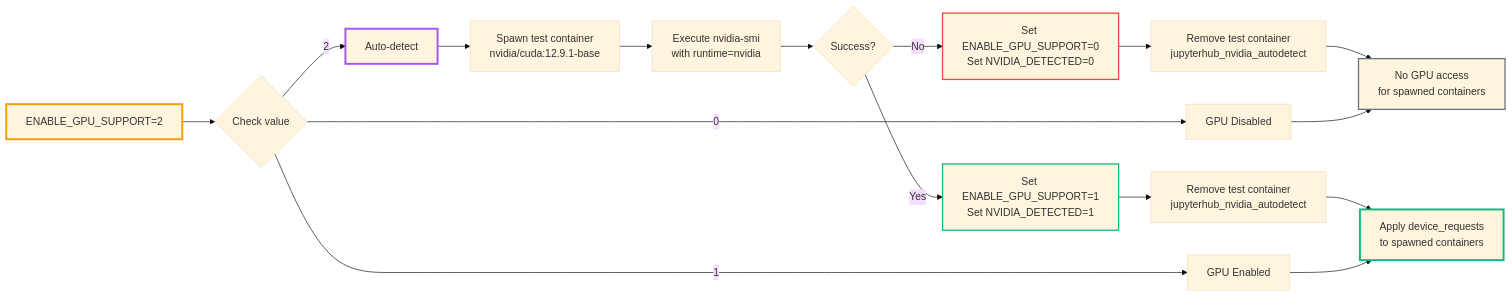
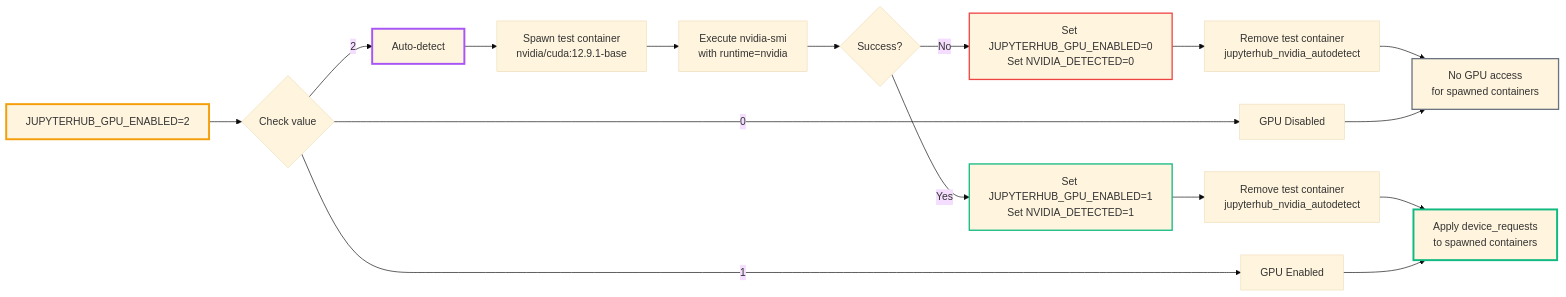
One commit to stellarshenson/stellars-jupyterhub-ds changed the third of 5 diagrams in README.md. Above: the diagram before and after it, drawn with Mermaid (base theme). The commit also changed other lines of this file and 30 other files, not shown here.

````diff
--- a/README.md
+++ b/README.md
@@ -171,30 +171,30 @@
 ```mermaid
 graph LR
-    START[ENABLE_GPU_SUPPORT=2] --> CHECK{Check value}
+    START[JUPYTERHUB_GPU_ENABLED=2] --> CHECK{Check value}
     CHECK -->|0| DISABLED[GPU Disabled]
     CHECK -->|1| ENABLED[GPU Enabled]
     CHECK -->|2| DETECT[Auto-detect]
 
     DETECT --> SPAWN[Spawn test container<br/>nvidia/cuda:12.9.1-base]
     SPAWN --> RUN[Execute nvidia-smi<br/>with runtime=nvidia]
 
     RUN --> SUCCESS{Success?}
-    SUCCESS -->|Yes| SET_ON[Set ENABLE_GPU_SUPPORT=1<br/>Set NVIDIA_DETECTED=1]
-    SUCCESS -->|No| SET_OFF[Set ENABLE_GPU_SUPPORT=0<br/>Set NVIDIA_DETECTED=0]
+    SUCCESS -->|Yes| SET_ON[Set JUPYTERHUB_GPU_ENABLED=1<br/>Set NVIDIA_DETECTED=1]
+    SUCCESS -->|No| SET_OFF[Set JUPYTERHUB_GPU_ENABLED=0<br/>Set NVIDIA_DETECTED=0]
 
     SET_ON --> CLEANUP1[Remove test container<br/>jupyterhub_nvidia_autodetect]
     SET_OFF --> CLEANUP2[Remove test container<br/>jupyterhub_nvidia_autodetect]
 
     CLEANUP1 --> APPLY_ON[Apply device_requests<br/>to spawned containers]
     CLEANUP2 --> APPLY_OFF[No GPU access<br/>for spawned containers]
 
     ENABLED --> APPLY_ON
     DISABLED --> APPLY_OFF
 
     style START stroke:#f59e0b,stroke-width:3px
     style DETECT stroke:#a855f7,stroke-width:3px
     style SET_ON stroke:#10b981,stroke-width:2px
     style SET_OFF stroke:#ef4444,stroke-width:2px
     style APPLY_ON stroke:#10b981,stroke-width:3px
     style APPLY_OFF stroke:#6b7280,stroke-width:2px
 ```
````
